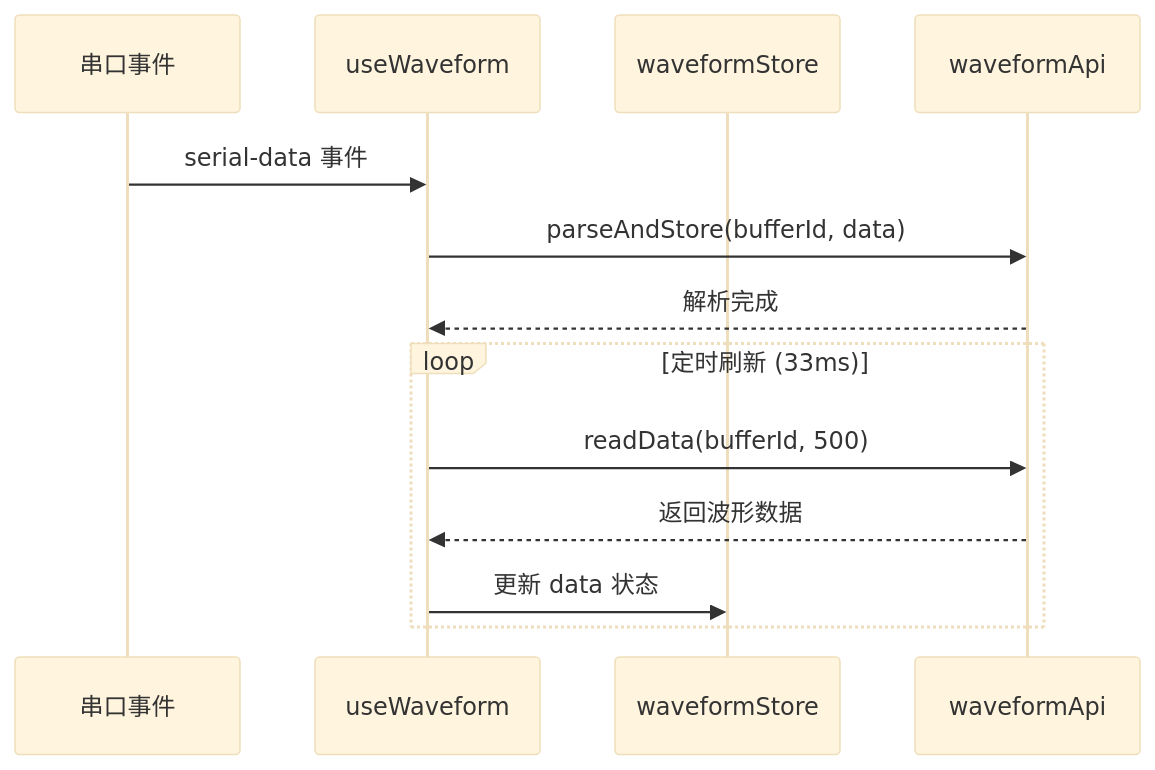
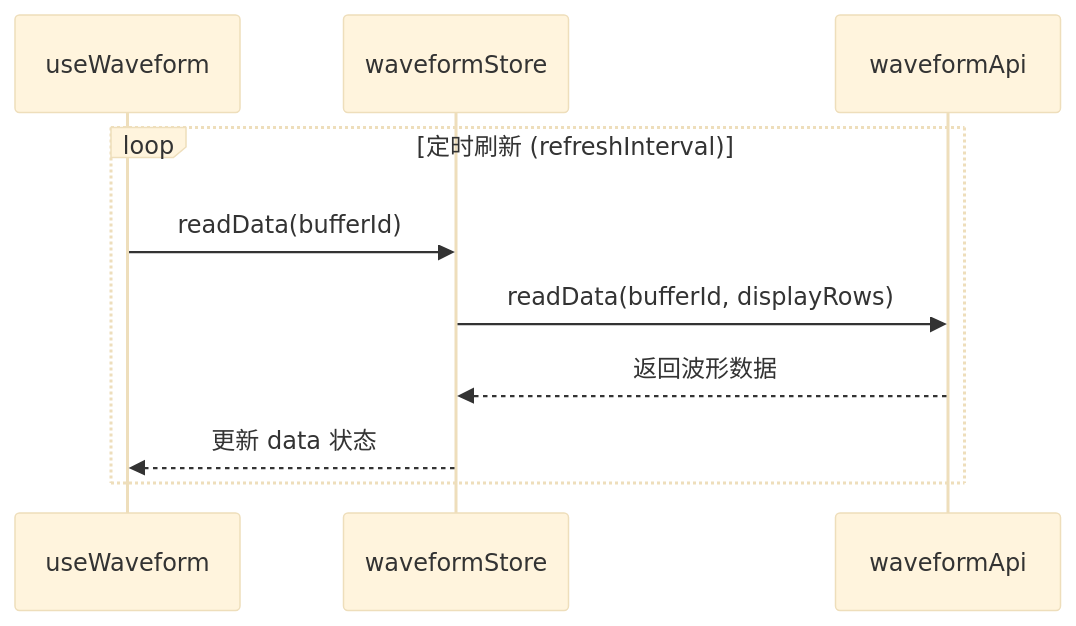
One commit to XiaoPb/combridge changed the first of 3 diagrams in docs/architecture/frontend/hooks-layer.md. Above: the diagram before and after it, drawn with Mermaid (base theme). The commit also changed other lines of this file and 3 other files, not shown here.

````diff
--- a/docs/architecture/frontend/hooks-layer.md
+++ b/docs/architecture/frontend/hooks-layer.md
@@ -144,17 +162,13 @@
 ```mermaid
 sequenceDiagram
-    participant Serial as 串口事件
     participant Hook as useWaveform
     participant Store as waveformStore
     participant API as waveformApi
 
-    Serial->>Hook: serial-data 事件
-    Hook->>API: parseAndStore(bufferId, data)
-    API-->>Hook: 解析完成
-
-    loop 定时刷新 (33ms)
-        Hook->>API: readData(bufferId, 500)
-        API-->>Hook: 返回波形数据
-        Hook->>Store: 更新 data 状态
+    loop 定时刷新 (refreshInterval)
+        Hook->>Store: readData(bufferId)
+        Store->>API: readData(bufferId, displayRows)
+        API-->>Store: 返回波形数据
+        Store-->>Hook: 更新 data 状态
     end
 ```
````
